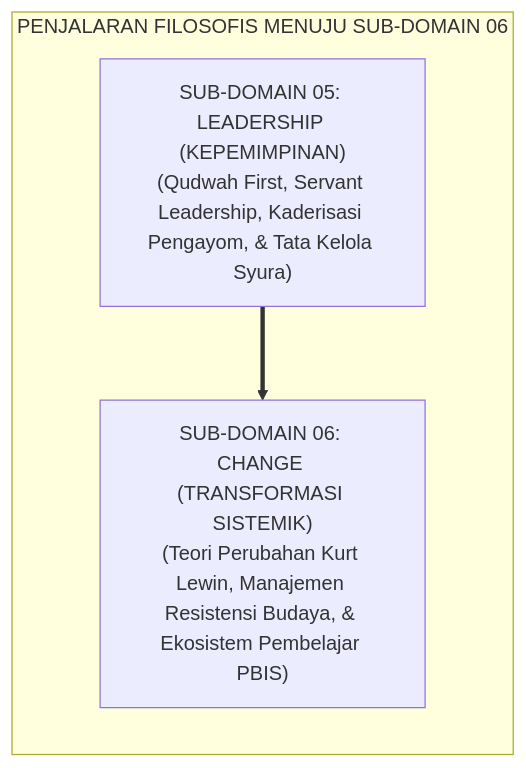
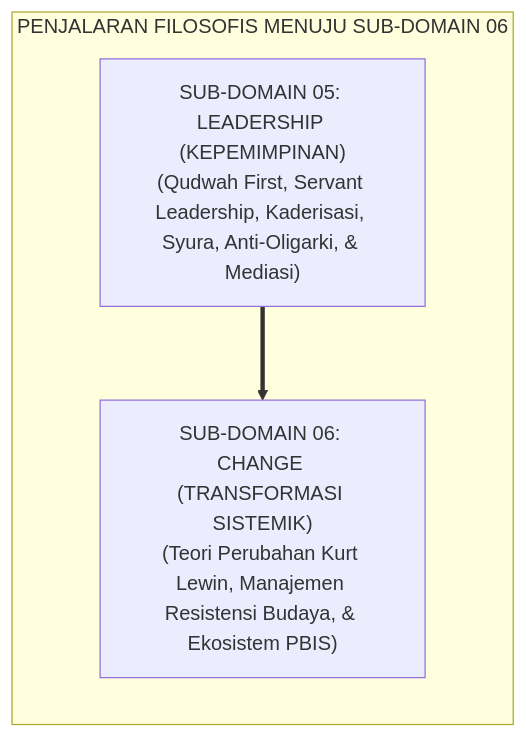
The third of 3 diagrams in 01 Philosophy/05 Leadership/P1-05-Leadership-TUMBUH.md (wandiapriliyandi/tumbuh), drawn with Mermaid before and after one commit. The commit also changed other lines of this file and 15 other files, not shown here.

````diff
--- a/01 Philosophy/05 Leadership/P1-05-Leadership-TUMBUH.md
+++ b/01 Philosophy/05 Leadership/P1-05-Leadership-TUMBUH.md
@@ -126,10 +134,10 @@
 ```mermaid
 graph LR
     subgraph PenjalaranFilosofisSubDomain05["PENJALARAN FILOSOFIS MENUJU SUB-DOMAIN 06"]
-        LD["SUB-DOMAIN 05: LEADERSHIP (KEPEMIMPINAN)<br/>(Qudwah First, Servant Leadership, Kaderisasi Pengayom, & Tata Kelola Syura)"]
+        LD["SUB-DOMAIN 05: LEADERSHIP (KEPEMIMPINAN)<br/>(Qudwah First, Servant Leadership, Kaderisasi, Syura, Anti-Oligarki, & Mediasi)"]
         
-        CH["SUB-DOMAIN 06: CHANGE (TRANSFORMASI SISTEMIK)<br/>(Teori Perubahan Kurt Lewin, Manajemen Resistensi Budaya, & Ekosistem Pembelajar PBIS)"]
+        CH["SUB-DOMAIN 06: CHANGE (TRANSFORMASI SISTEMIK)<br/>(Teori Perubahan Kurt Lewin, Manajemen Resistensi Budaya, & Ekosistem PBIS)"]
         
         LD ==> CH
     end
 ```
````
